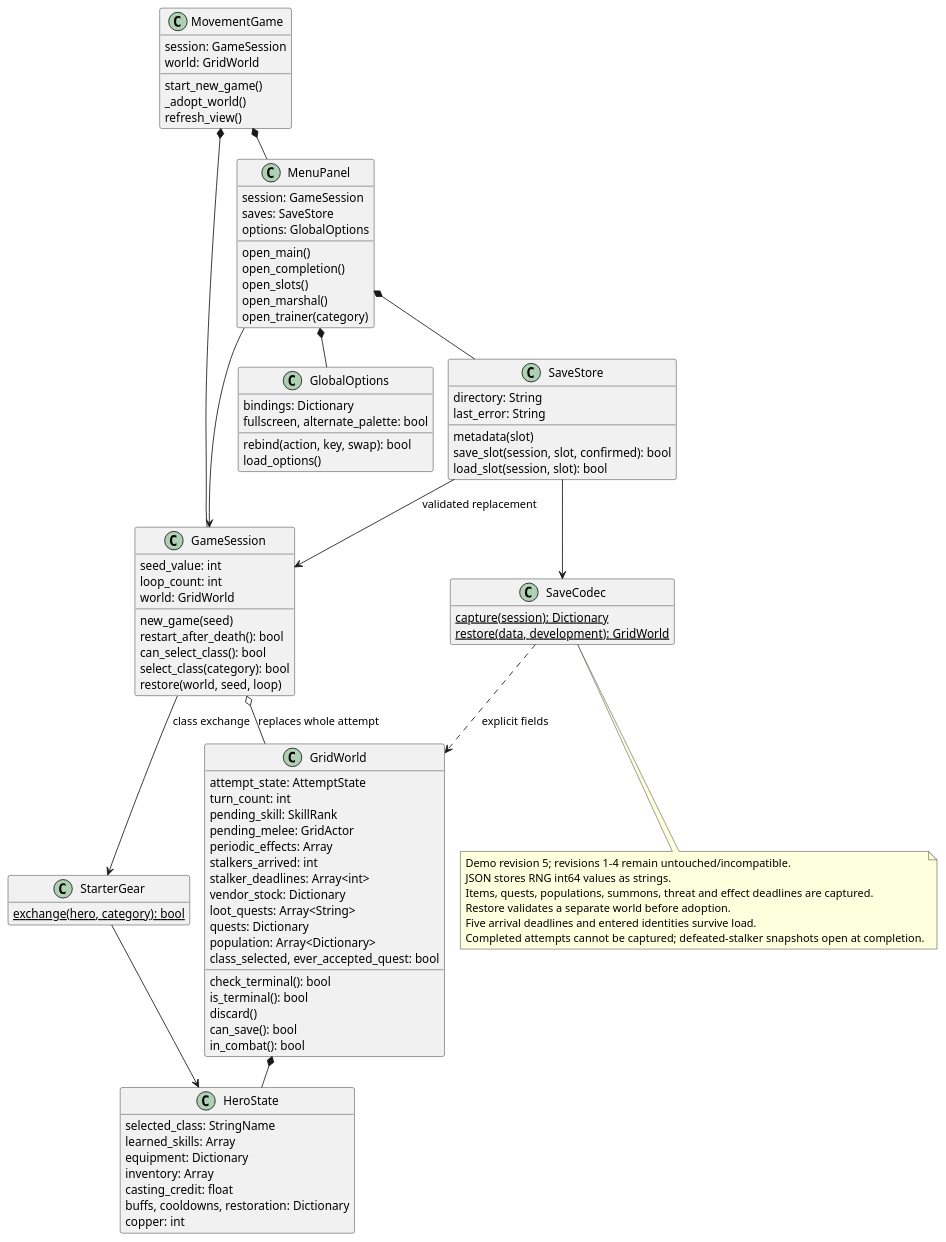
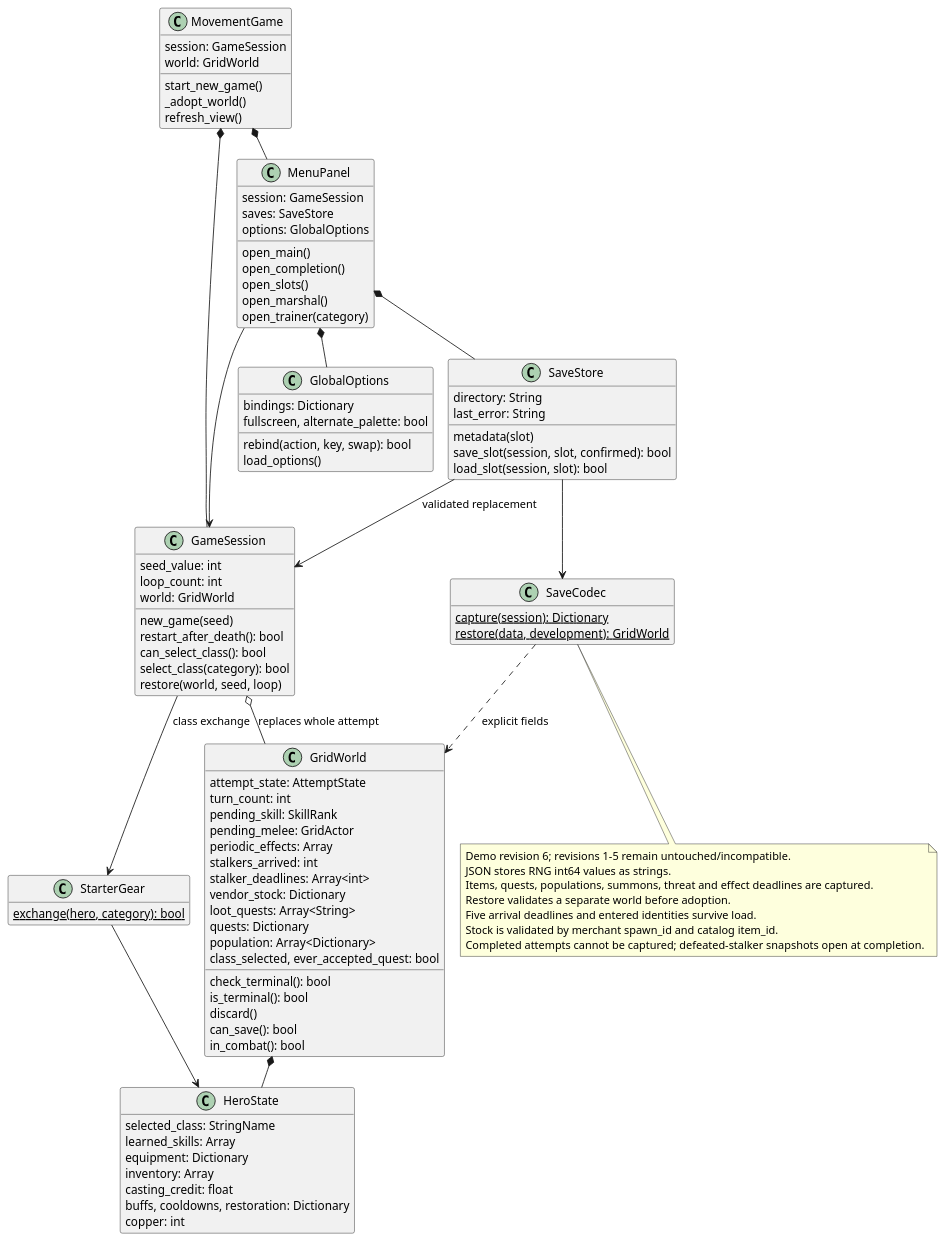
The diagram in docs/architecture/classes/loop_save.puml (VHonzik/Ostinato), drawn with PlantUML before and after one commit. The commit also changed 25 other files, not shown here.

```diff
--- a/docs/architecture/classes/loop_save.puml
+++ b/docs/architecture/classes/loop_save.puml
@@ -1,101 +1,102 @@
 @startuml
 !pragma layout smetana
 skinparam shadowing false
 skinparam classAttributeIconSize 0
 hide empty members
 class MovementGame {
   session: GameSession
   world: GridWorld
   start_new_game()
   _adopt_world()
   refresh_view()
 }
 class GameSession {
   seed_value: int
   loop_count: int
   world: GridWorld
   new_game(seed)
   restart_after_death(): bool
   can_select_class(): bool
   select_class(category): bool
   restore(world, seed, loop)
 }
 class GridWorld {
   attempt_state: AttemptState
   check_terminal(): bool
   is_terminal(): bool
   discard()
   turn_count: int
   pending_skill: SkillRank
   pending_melee: GridActor
   periodic_effects: Array
   stalkers_arrived: int
   stalker_deadlines: Array<int>
   vendor_stock: Dictionary
   loot_quests: Array<String>
   quests: Dictionary
   population: Array<Dictionary>
   class_selected, ever_accepted_quest: bool
   can_save(): bool
   in_combat(): bool
 }
 class HeroState {
   selected_class: StringName
   learned_skills: Array
   equipment: Dictionary
   inventory: Array
   casting_credit: float
   buffs, cooldowns, restoration: Dictionary
   copper: int
 }
 class StarterGear {
   {static} exchange(hero, category): bool
 }
 class SaveStore {
   directory: String
   last_error: String
   metadata(slot)
   save_slot(session, slot, confirmed): bool
   load_slot(session, slot): bool
 }
 class SaveCodec {
   {static} capture(session): Dictionary
   {static} restore(data, development): GridWorld
 }
 class MenuPanel {
   session: GameSession
   saves: SaveStore
   options: GlobalOptions
   open_main()
   open_completion()
   open_slots()
   open_marshal()
   open_trainer(category)
 }
 class GlobalOptions {
   bindings: Dictionary
   fullscreen, alternate_palette: bool
   rebind(action, key, swap): bool
   load_options()
 }
 MovementGame *-- MenuPanel
 MovementGame *-- GameSession
 GameSession o-- GridWorld : replaces whole attempt
 GridWorld *-- HeroState
 GameSession --> StarterGear : class exchange
 StarterGear --> HeroState
 MenuPanel *-- SaveStore
 MenuPanel *-- GlobalOptions
 MenuPanel --> GameSession
 SaveStore --> SaveCodec
 SaveStore --> GameSession : validated replacement
 SaveCodec ..> GridWorld : explicit fields
 note bottom of SaveCodec
-Demo revision 5; revisions 1-4 remain untouched/incompatible.
+Demo revision 6; revisions 1-5 remain untouched/incompatible.
 JSON stores RNG int64 values as strings.
 Items, quests, populations, summons, threat and effect deadlines are captured.
 Restore validates a separate world before adoption.
 Five arrival deadlines and entered identities survive load.
+Stock is validated by merchant spawn_id and catalog item_id.
 Completed attempts cannot be captured; defeated-stalker snapshots open at completion.
 end note
 @enduml
```
